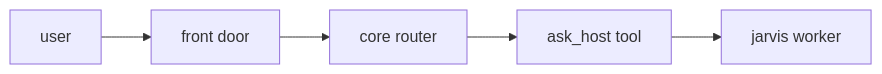
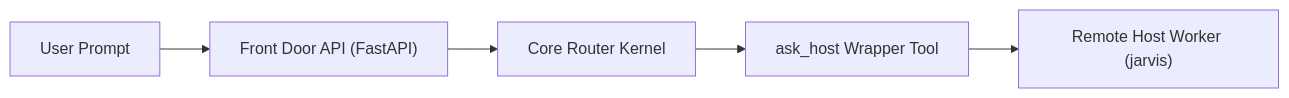
One commit to jacobbweber/AgenticAI-Labs changed the diagram in resources/notes/02_one_router.md. Above: the diagram before and after it, drawn with Mermaid. The commit also changed other lines of this file and 123 other files, not shown here.

````diff
--- a/resources/notes/02_one_router.md
+++ b/resources/notes/02_one_router.md
@@ -18,12 +24,13 @@
 ```mermaid
 flowchart LR
-    notes02_user["user"]
-    notes02_door["front door"]
-    notes02_core["core router"]
-    notes02_ask["ask_host tool"]
-    notes02_jarvis["jarvis worker"]
+    notes02_user["User Prompt"]
+    notes02_door["Front Door API (FastAPI)"]
+    notes02_core["Core Router Kernel"]
+    notes02_ask["ask_host Wrapper Tool"]
+    notes02_jarvis["Remote Host Worker (jarvis)"]
+    
     notes02_user --> notes02_door
     notes02_door --> notes02_core
     notes02_core --> notes02_ask
     notes02_ask --> notes02_jarvis
 ```
````
